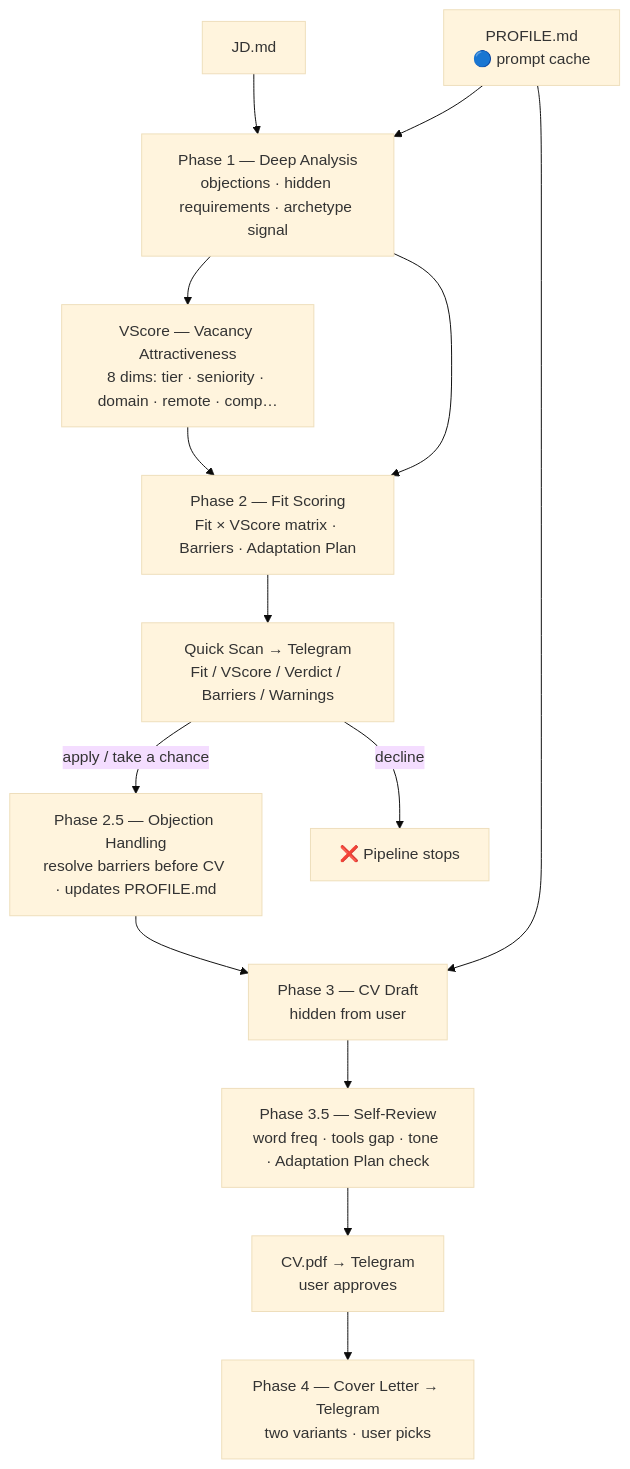
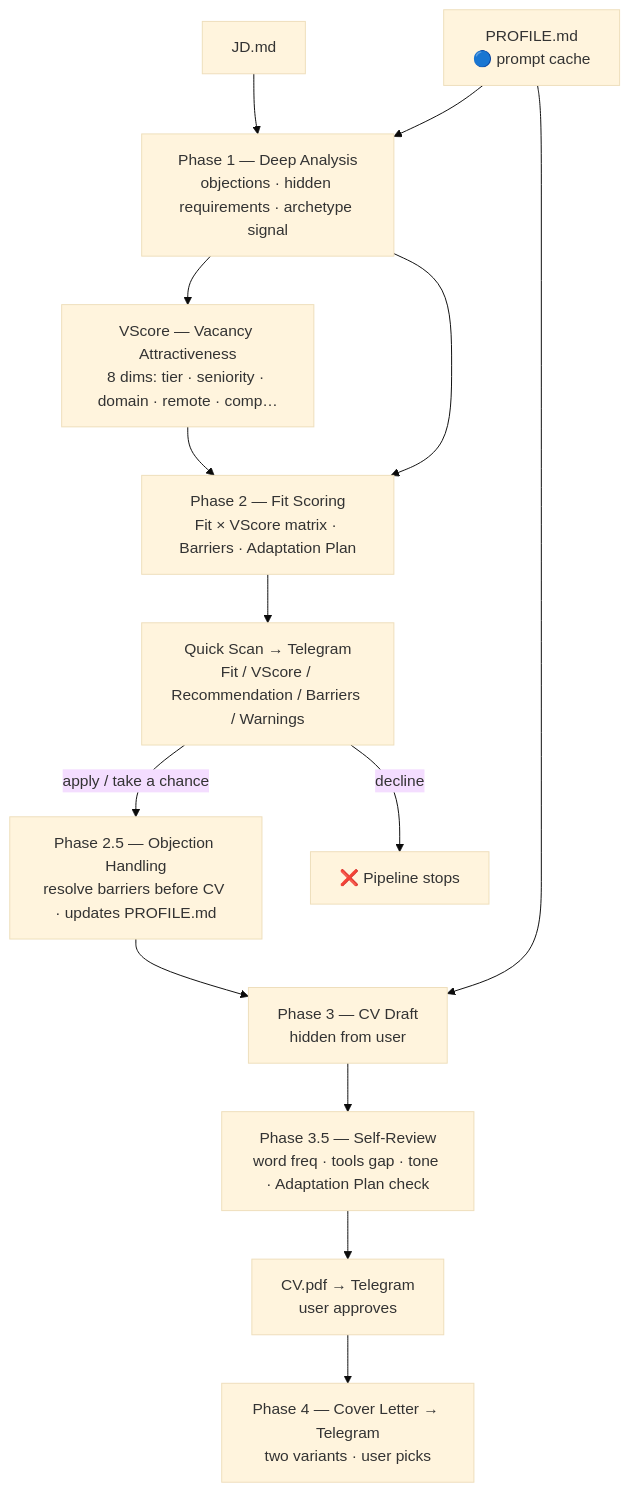
The diagram in docs/diagrams/ai-pipeline.md (ioncat/ai-career-agent), drawn with Mermaid (base theme) before and after one commit. The commit also changed other lines of this file and 4 other files, not shown here.

First line of the commit message:
fix(terminology): verdict → recommendation across docs and code

````diff
--- a/docs/diagrams/ai-pipeline.md
+++ b/docs/diagrams/ai-pipeline.md
@@ -7,18 +7,18 @@
 ```mermaid
 flowchart TD
     JD["JD.md"] --> P1["Phase 1 — Deep Analysis\nobjections · hidden requirements · archetype signal"]
     PROF["PROFILE.md\n🔵 prompt cache"] --> P1
     PROF --> P3
 
     P1 --> VS["VScore — Vacancy Attractiveness\n8 dims: tier · seniority · domain · remote · comp…"]
     P1 --> P2["Phase 2 — Fit Scoring\nFit × VScore matrix · Barriers · Adaptation Plan"]
     VS --> P2
-    P2 --> QS["Quick Scan → Telegram\nFit / VScore / Verdict / Barriers / Warnings"]
+    P2 --> QS["Quick Scan → Telegram\nFit / VScore / Recommendation / Barriers / Warnings"]
 
     QS -->|"apply / take a chance"| P25["Phase 2.5 — Objection Handling\nresolve barriers before CV · updates PROFILE.md"]
     QS -->|"decline"| Z["❌ Pipeline stops"]
     P25 --> P3["Phase 3 — CV Draft\nhidden from user"]
     P3 --> P35["Phase 3.5 — Self-Review\nword freq · tools gap · tone · Adaptation Plan check"]
     P35 --> PDF["CV.pdf → Telegram\nuser approves"]
     PDF --> P4["Phase 4 — Cover Letter → Telegram\ntwo variants · user picks"]
 ```
````
